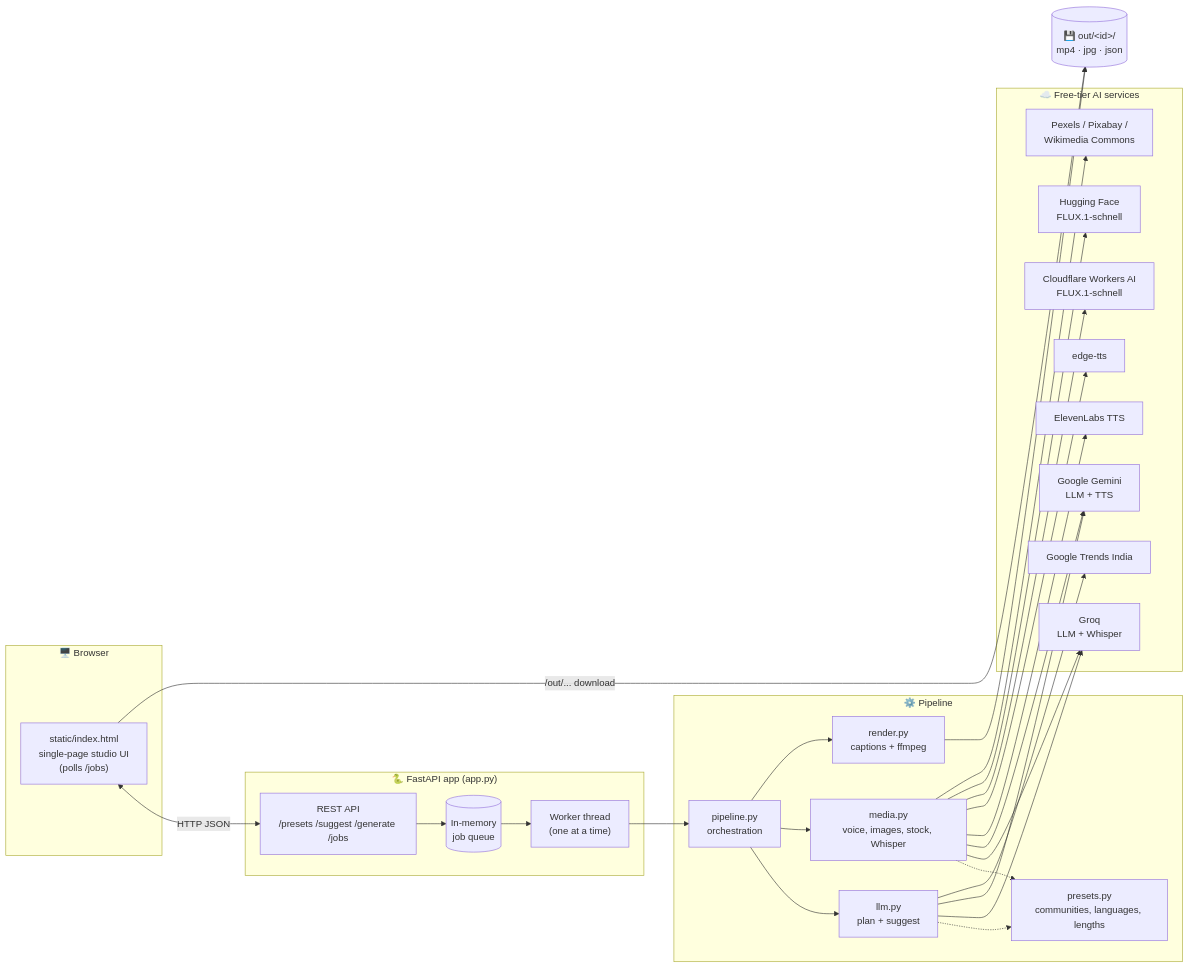
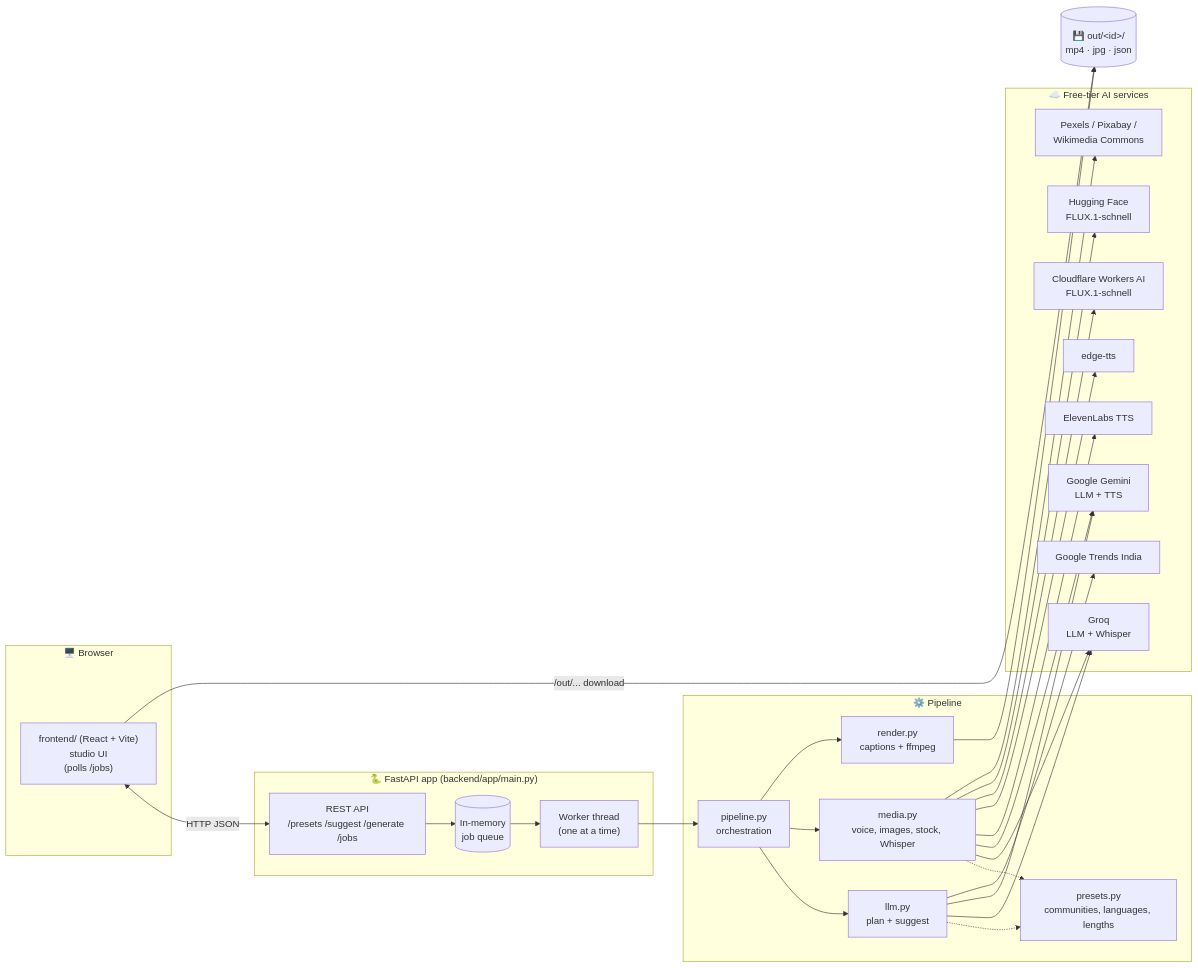
One commit to darshit001/hackthn changed the third of 9 diagrams in README.md. Above: the diagram before and after it, drawn with Mermaid. The commit also changed other lines of this file and 49 other files, not shown here.

First line of the commit message:
Restructure: backend/ Python package, frontend/ React + Vite

````diff
--- a/README.md
+++ b/README.md
@@ -159,44 +159,44 @@
 ```mermaid
 flowchart LR
     subgraph Browser["🖥️ Browser"]
-        UI["static/index.html<br/>single-page studio UI<br/>(polls /jobs)"]
+        UI["frontend/ (React + Vite)<br/>studio UI<br/>(polls /jobs)"]
     end
 
-    subgraph Server["🐍 FastAPI app (app.py)"]
+    subgraph Server["🐍 FastAPI app (backend/app/main.py)"]
         API["REST API<br/>/presets /suggest /generate /jobs"]
         Q[("In-memory<br/>job queue")]
         W["Worker thread<br/>(one at a time)"]
         API --> Q --> W
     end
 
     subgraph Core["⚙️ Pipeline"]
         PL["pipeline.py<br/>orchestration"]
         LLM["llm.py<br/>plan + suggest"]
         MED["media.py<br/>voice, images, stock, Whisper"]
         REN["render.py<br/>captions + ffmpeg"]
         PRE["presets.py<br/>communities, languages, lengths"]
         PL --> LLM & MED & REN
         LLM -.-> PRE
         MED -.-> PRE
     end
 
     subgraph Ext["☁️ Free-tier AI services"]
         GROQ["Groq<br/>LLM + Whisper"]
         GEM["Google Gemini<br/>LLM + TTS"]
         EL["ElevenLabs TTS"]
         EDGE["edge-tts"]
         POL["Cloudflare Workers AI<br/>FLUX.1-schnell"]
         HF["Hugging Face<br/>FLUX.1-schnell"]
         STK["Pexels / Pixabay /<br/>Wikimedia Commons"]
         GT["Google Trends India"]
     end
 
     FS[("💾 out/&lt;id&gt;/<br/>mp4 · jpg · json")]
 
     UI <-->|HTTP JSON| API
     W --> PL
     LLM --> GROQ & GEM & GT
     MED --> GROQ & GEM & EL & EDGE & POL & HF & STK
     REN --> FS
     UI -->|/out/... download| FS
 ```
````
